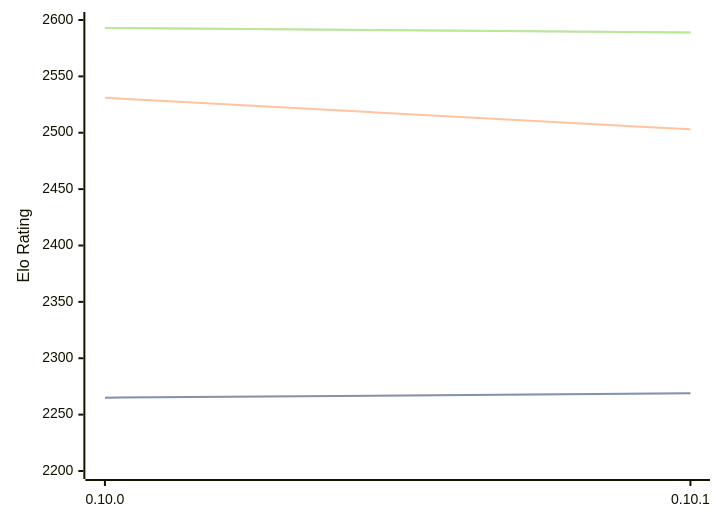
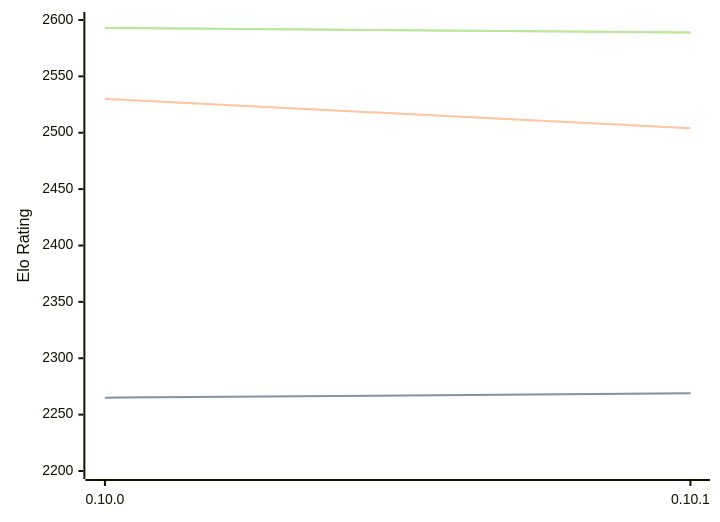
The diagram in engines/Fatalii.md (computer-chess-index/cci), drawn with Mermaid before and after one commit. The commit also changed other lines of this file, not shown here.

````diff
--- a/engines/Fatalii.md
+++ b/engines/Fatalii.md
@@ -46,11 +46,11 @@
 ```mermaid
 %%{init: {"theme":"base","themeVariables":{"seriesColors:['#a3a3a3','#222221','#faa371']}}}%%
 xychart-beta
   x-axis ["0.10.0", "0.10.1"]
   y-axis "Elo Rating" 2200 --> 2600
   line "STC (8.0+0.08s)" [2265, 2269]
   line "STC (8.0+0.08s)" [2265, 2269]
-  line "LTC (60.0+0.60s)" [2531, 2503]
+  line "LTC (60.0+0.60s)" [2530, 2504]
   line "VLTC (2m24s+1.12s)" [2593, 2589]
   line "VLTC (2m24s+1.12s)" [2593, 2589]
 ```
````
